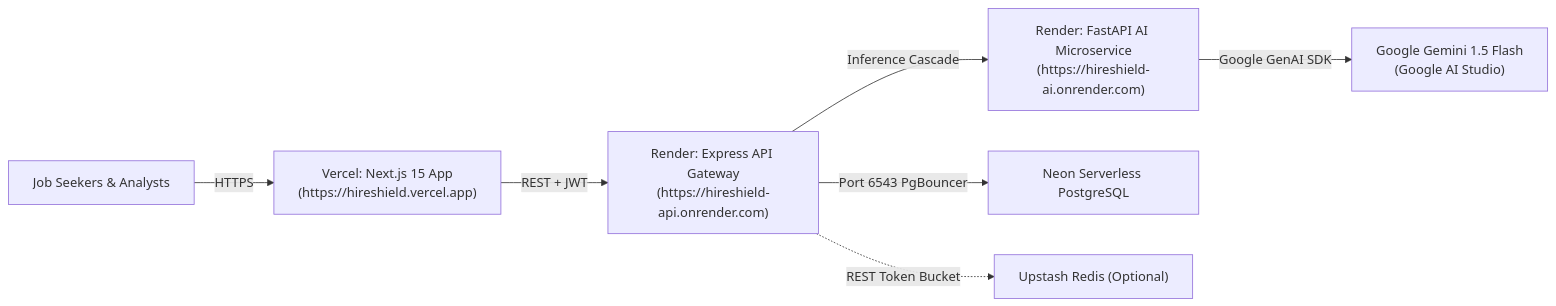
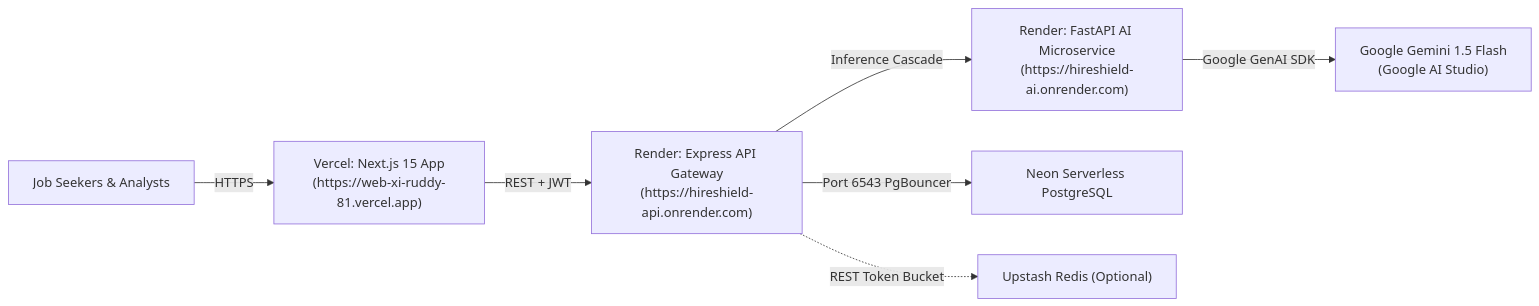
Before and after one commit to akarsh957/hireshield-ai: the diagram in DEPLOYMENT.md, drawn with Mermaid.

Commit message:
docs(deploy): record verified Vercel production deployment URL

````diff
--- a/DEPLOYMENT.md
+++ b/DEPLOYMENT.md
@@ -14,9 +14,9 @@
 ```mermaid
 graph LR
-    User["Job Seekers & Analysts"] -->|HTTPS| Vercel["Vercel: Next.js 15 App\n(https://hireshield.vercel.app)"]
+    User["Job Seekers & Analysts"] -->|HTTPS| Vercel["Vercel: Next.js 15 App\n(https://web-xi-ruddy-81.vercel.app)"]
     Vercel -->|REST + JWT| RenderAPI["Render: Express API Gateway\n(https://hireshield-api.onrender.com)"]
     RenderAPI -->|Inference Cascade| RenderAI["Render: FastAPI AI Microservice\n(https://hireshield-ai.onrender.com)"]
     RenderAPI -->|Port 6543 PgBouncer| Neon["Neon Serverless PostgreSQL"]
     RenderAI -->|Google GenAI SDK| Gemini["Google Gemini 1.5 Flash\n(Google AI Studio)"]
     RenderAPI -.->|REST Token Bucket| Upstash["Upstash Redis (Optional)"]
 ```
````
